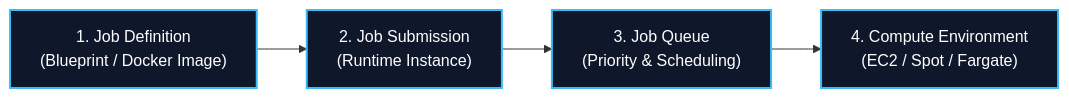
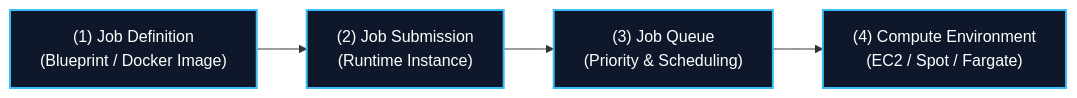
Before and after one commit to Wathon/aws-dea-c01-note: the second of 5 diagrams in content/02-services/compute-containers/batch.md, drawn with Mermaid. The commit also changed other lines of this file and 19 other files, not shown here.

Commit message:
fix(mermaid): resolve 'Unsupported markdown: list' rendering issues across all diagram node and edge labels

````diff
--- a/content/02-services/compute-containers/batch.md
+++ b/content/02-services/compute-containers/batch.md
@@ -101,9 +101,9 @@
 ```mermaid
 graph LR
-    JobDef["1. Job Definition<br/>(Blueprint / Docker Image)"] --> Job["2. Job Submission<br/>(Runtime Instance)"]
-    Job --> JobQueue["3. Job Queue<br/>(Priority & Scheduling)"]
-    JobQueue --> CompEnv["4. Compute Environment<br/>(EC2 / Spot / Fargate)"]
+    JobDef["(1) Job Definition<br/>(Blueprint / Docker Image)"] --> Job["(2) Job Submission<br/>(Runtime Instance)"]
+    Job --> JobQueue["(3) Job Queue<br/>(Priority & Scheduling)"]
+    JobQueue --> CompEnv["(4) Compute Environment<br/>(EC2 / Spot / Fargate)"]
 
     classDef block fill:#0f172a,stroke:#38bdf8,stroke-width:2px,color:#fff;
     class JobDef,Job,JobQueue,CompEnv block;
 ```
````
